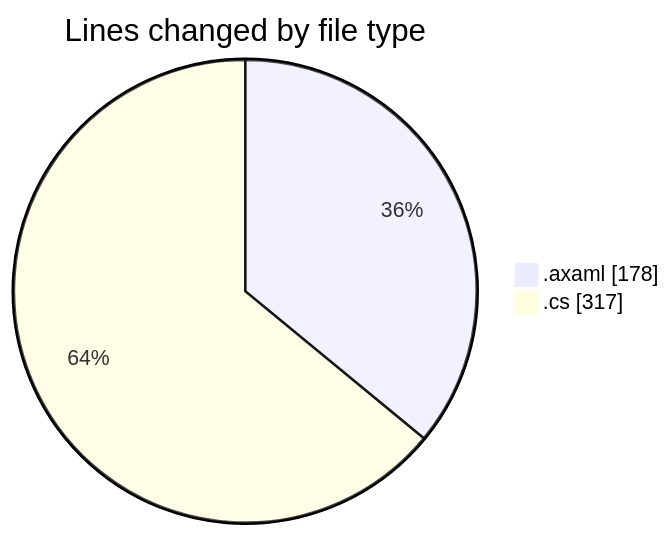
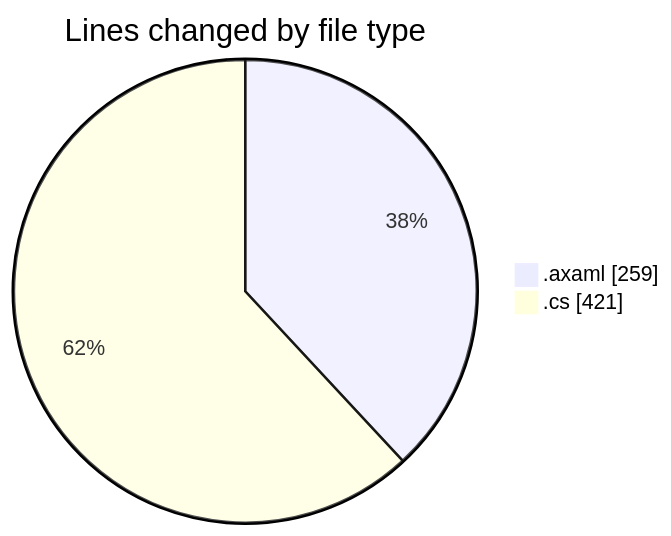
One commit to Netris89/code-tracking changed the first of 2 diagrams in 2025-11-01/skintrack/README.md. Above: the diagram before and after it, drawn with Mermaid. The commit also changed other lines of this file and 1 other file, not shown here.

````diff
--- a/2025-11-01/skintrack/README.md
+++ b/2025-11-01/skintrack/README.md
@@ -24,6 +25,6 @@
 ```mermaid
 pie showData
 title Lines changed by file type
-".axaml" : 178
-".cs" : 317
+".axaml" : 259
+".cs" : 421
 ```
````
